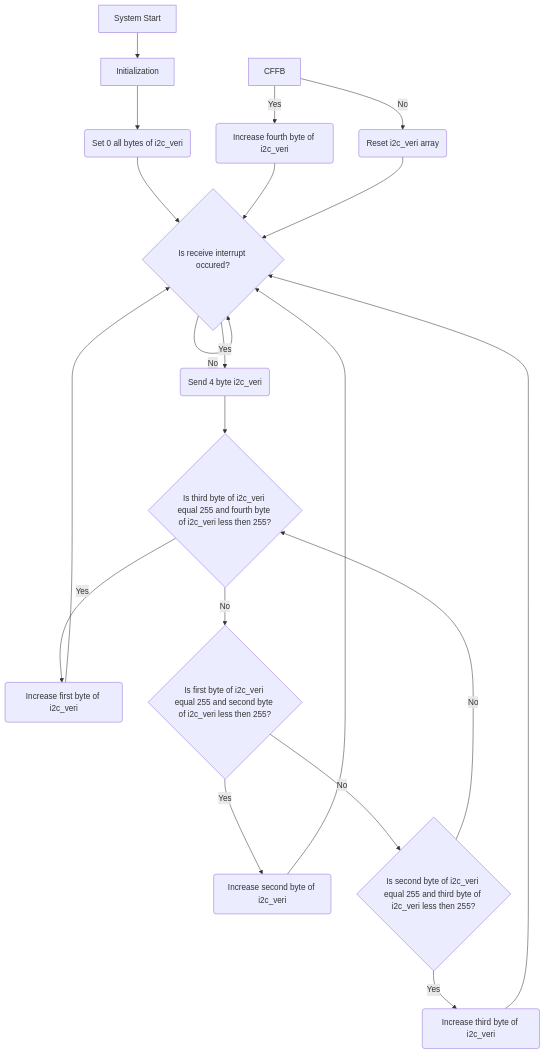
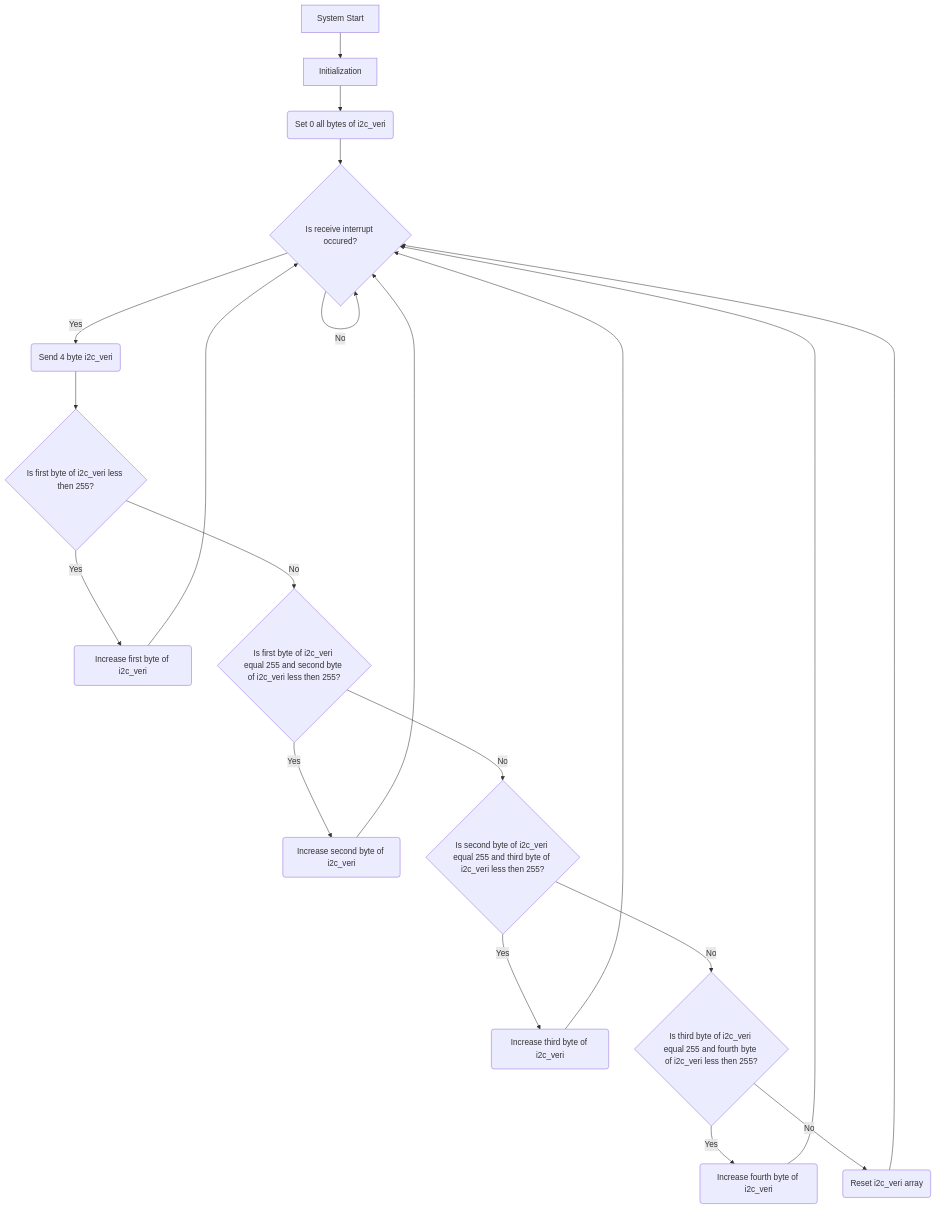
Before and after one commit to aerogluMU/ALperen-Eroglu-Baykar-Challenges: the second of 2 diagrams in README.md, drawn with Mermaid.

Commit message:
Updated FlowCharts

````diff
--- a/README.md
+++ b/README.md
@@ -85,26 +85,26 @@
 ```mermaid
 graph TD
     A[System Start] -->B[Initialization]
     B --> C(Set 0 all bytes of i2c_veri)
     C --> D{Is receive interrupt occured?}
     D --> |No| D
     D --> |Yes| E(Send 4 byte i2c_veri)
     
     E --> CFB{Is first byte of i2c_veri less then 255?}
     CFB --> |Yes| FBI(Increase first byte of i2c_veri)
     FBI --> D
     CFB --> |No| CSB{Is first byte of i2c_veri equal 255 and second byte of i2c_veri less then 255?}
     
     CSB --> |Yes| SBI(Increase second byte of i2c_veri)
     SBI --> D
     CSB --> |No| CTB{Is second byte of i2c_veri equal 255 and third byte of i2c_veri less then 255?}
     
     CTB --> |Yes| TBI(Increase third byte of i2c_veri)
     TBI --> D
-    CTB --> |No| CFB{Is third byte of i2c_veri equal 255 and fourth byte of i2c_veri less then 255?}
+    CTB --> |No| CFFB{Is third byte of i2c_veri equal 255 and fourth byte of i2c_veri less then 255?}
     
     CFFB --> |Yes| FFBI(Increase fourth byte of i2c_veri)
     FFBI --> D
     CFFB --> |No| RST(Reset i2c_veri array)
     RST --> D
 ```
````
